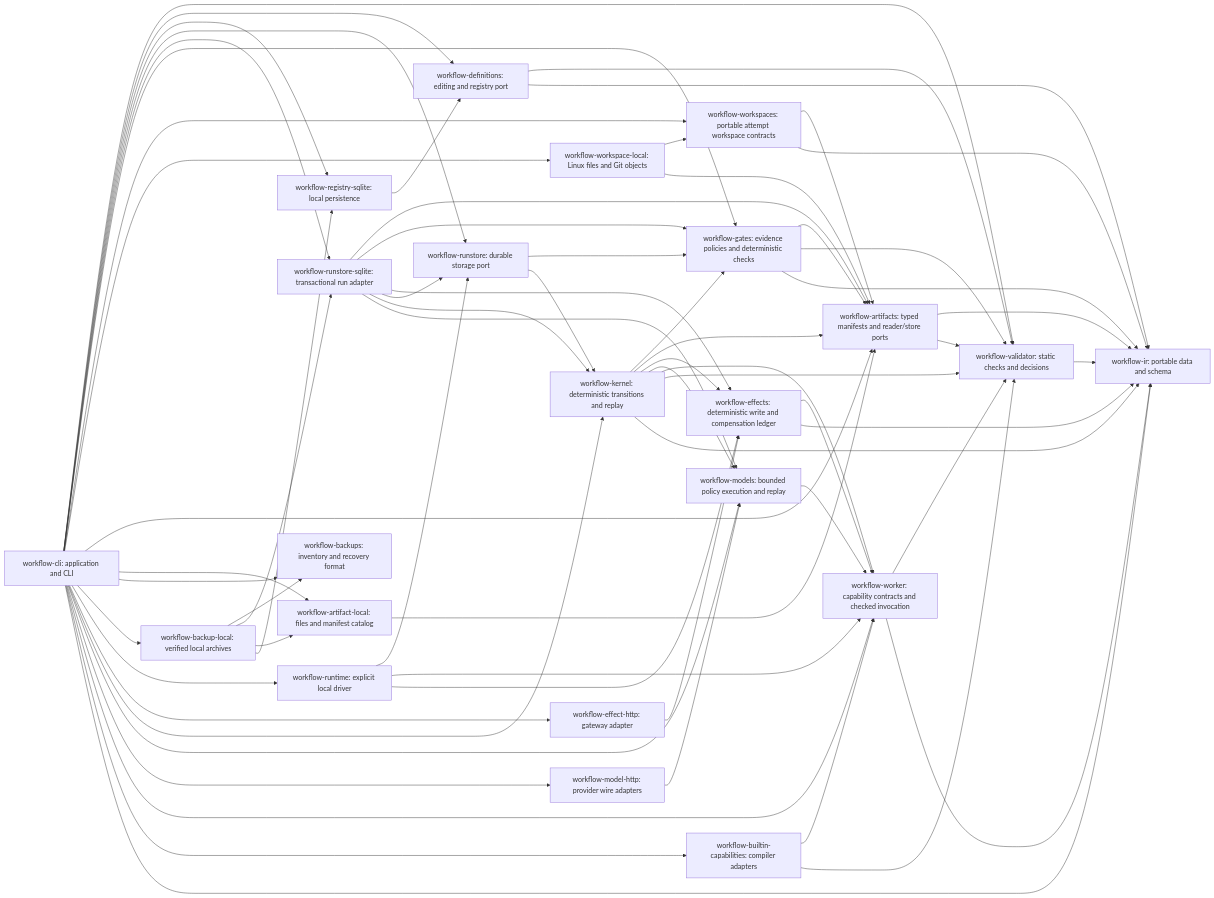
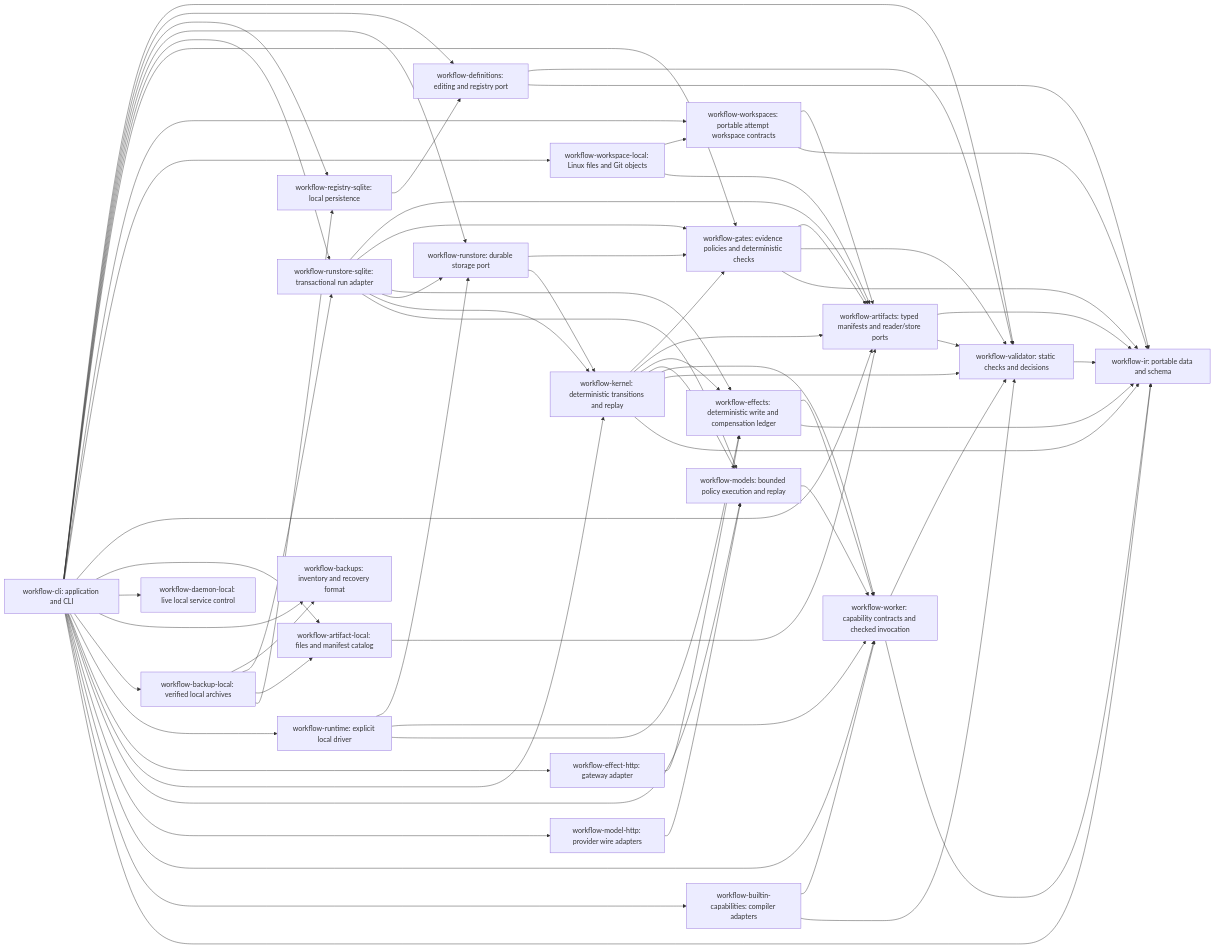
One commit to coolplayagent/workflow-cli changed the diagram in docs/roadmap.md. Above: the diagram before and after it, drawn with Mermaid. The commit also changed other lines of this file and 29 other files, not shown here.

Commit message:
feat: add supervised local daemon and offline acceptance (#34)

````diff
--- a/docs/roadmap.md
+++ b/docs/roadmap.md
@@ -8,68 +8,69 @@
 ```mermaid
 flowchart LR
     CLI[workflow-cli: application and CLI] --> V[workflow-validator: static checks and decisions]
     CLI --> D[workflow-definitions: editing and registry port]
     CLI --> S[workflow-registry-sqlite: local persistence]
     CLI --> RS[workflow-runstore: durable storage port]
     CLI --> DB[workflow-runstore-sqlite: transactional run adapter]
     CLI --> G[workflow-gates: evidence policies and deterministic checks]
     G --> A
     G --> V
     G --> IR
     CLI --> WS[workflow-workspaces: portable attempt workspace contracts]
     CLI --> WL[workflow-workspace-local: Linux files and Git objects]
     WL --> WS
     WL --> A
     WS --> A
     WS --> IR
     CLI --> A[workflow-artifacts: typed manifests and reader/store ports]
     CLI --> AF[workflow-artifact-local: files and manifest catalog]
     AF --> A
     DB --> A
     DB --> G
     RS --> G
     K --> G
     K --> A
     A --> IR
     A --> V
+    CLI --> DL[workflow-daemon-local: live local service control]
     CLI --> BK[workflow-backups: inventory and recovery format]
     CLI --> BL[workflow-backup-local: verified local archives]
     BL --> BK
     BL --> DB
     BL --> AF
     BL --> S
     CLI --> RT[workflow-runtime: explicit local driver]
     RT --> RS
     RT --> W
     RT --> E[workflow-effects: deterministic write and compensation ledger]
     DB --> E
     K --> E
     CLI --> EH[workflow-effect-http: gateway adapter]
     EH --> E
     E --> W
     E --> IR
     DB --> RS
     DB --> K
     RS --> K
     CLI --> K[workflow-kernel: deterministic transitions and replay]
     K --> M[workflow-models: bounded policy execution and replay]
     DB --> M
     CLI --> M
     CLI --> MH[workflow-model-http: provider wire adapters]
     MH --> M
     M --> W
     K --> W
     K --> V
     K --> IR
     CLI --> W[workflow-worker: capability contracts and checked invocation]
     CLI --> B[workflow-builtin-capabilities: compiler adapters]
     B --> W
     B --> V
     W --> V
     W --> IR
     S --> D
     D --> V
     D --> IR[workflow-ir: portable data and schema]
     CLI --> IR
     V --> IR
 ```
````
